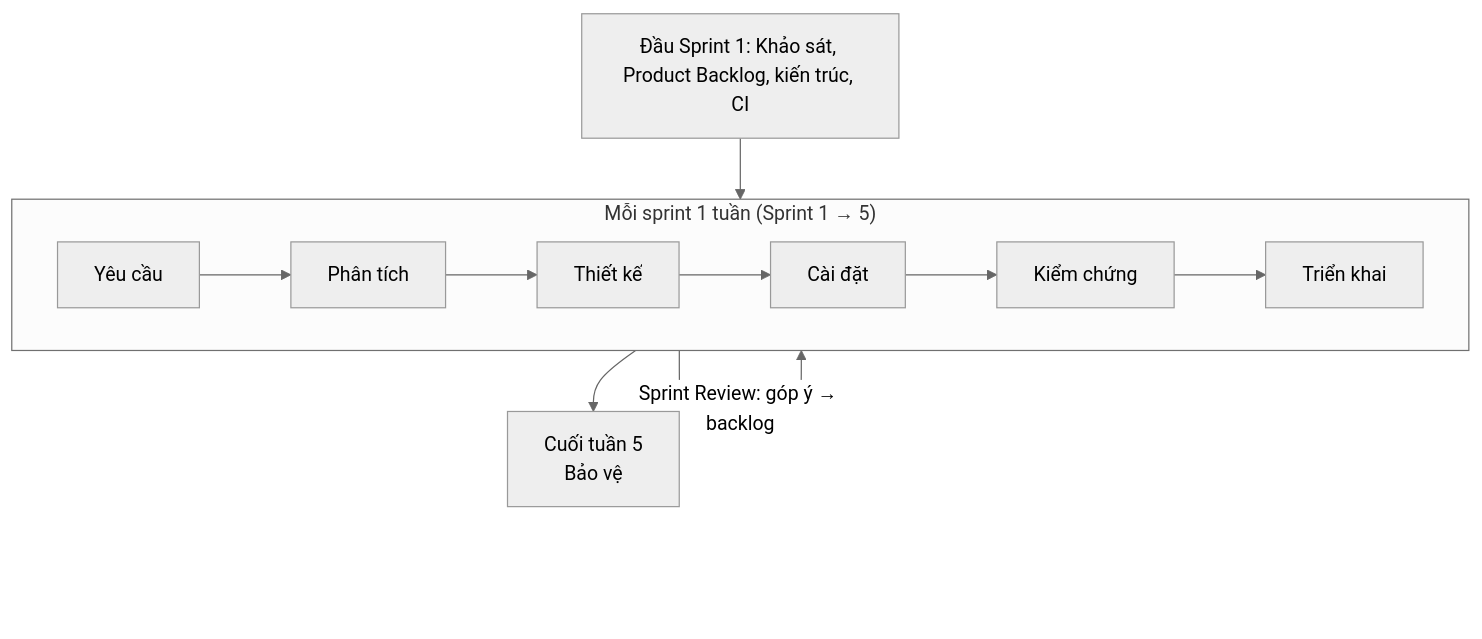
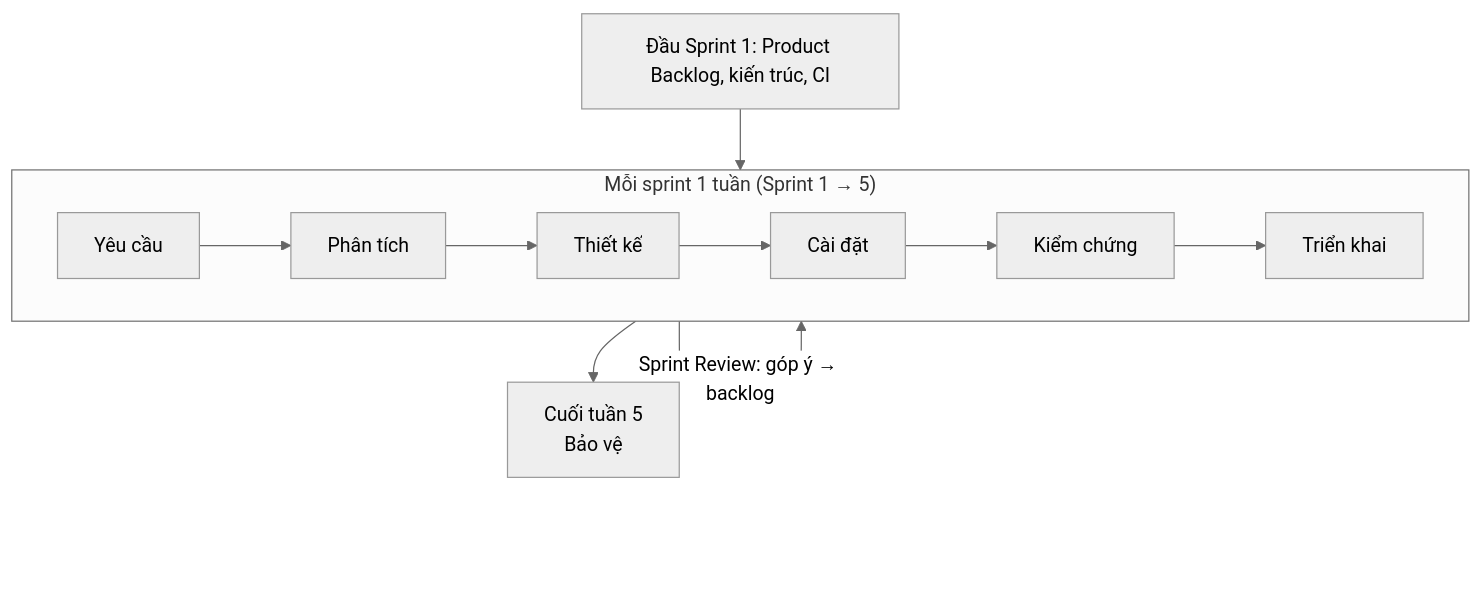
The diagram in docs/00_TongQuan_KeHoach.md (quangphuoc73/Phan_Mem_Quan_Ly_Test_Cases), drawn with Mermaid (neutral theme) before and after one commit. The commit also changed other lines of this file and 17 other files, not shown here.

First line of the commit message:
docs: bỏ chương khảo sát hiện trạng, đánh số lại các chương 1–8

````diff
--- a/docs/00_TongQuan_KeHoach.md
+++ b/docs/00_TongQuan_KeHoach.md
@@ -55,11 +55,11 @@
 ```mermaid
 flowchart TB
-    S0["Đầu Sprint 1: Khảo sát, Product Backlog, kiến trúc, CI"] --> LOOP
+    S0["Đầu Sprint 1: Product Backlog, kiến trúc, CI"] --> LOOP
     subgraph LOOP["Mỗi sprint 1 tuần (Sprint 1 → 5)"]
         direction LR
         A["Yêu cầu"] --> B["Phân tích"] --> C["Thiết kế"]
         C --> D["Cài đặt"] --> E["Kiểm chứng"] --> F["Triển khai"]
     end
     LOOP -->|"Sprint Review: góp ý → backlog"| LOOP
     LOOP --> END["Cuối tuần 5<br/>Bảo vệ"]
 ```
````
